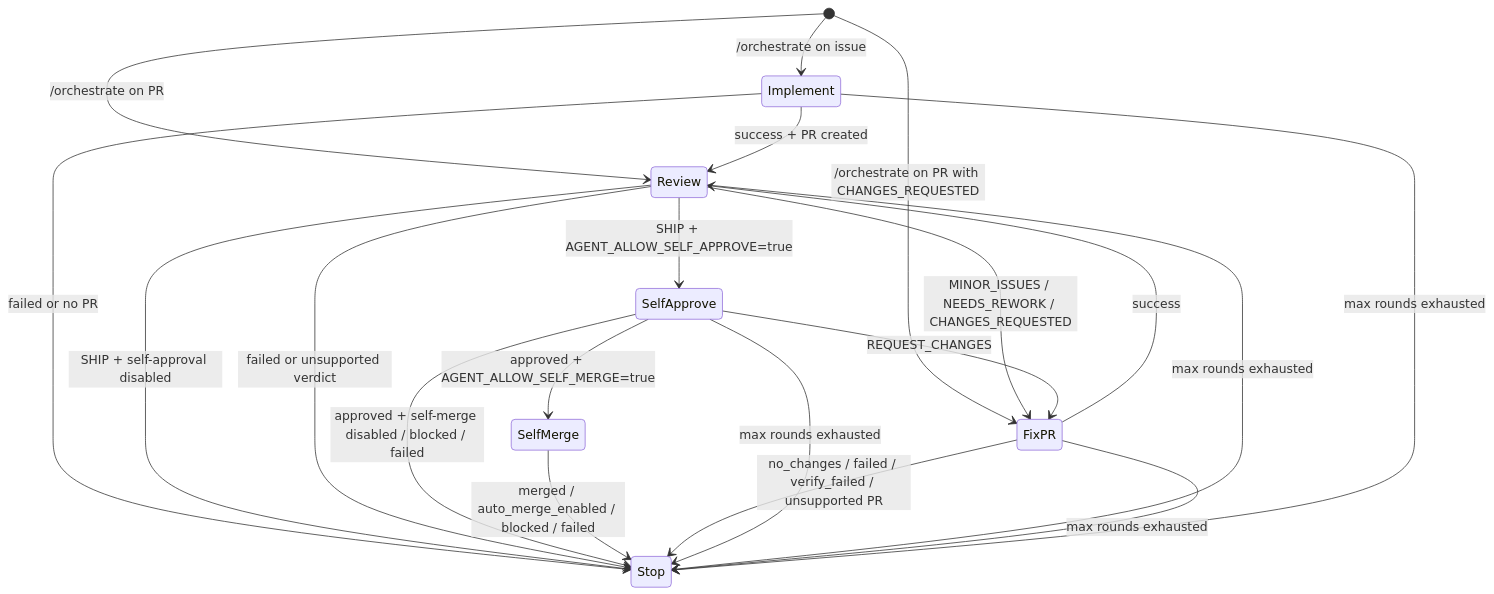
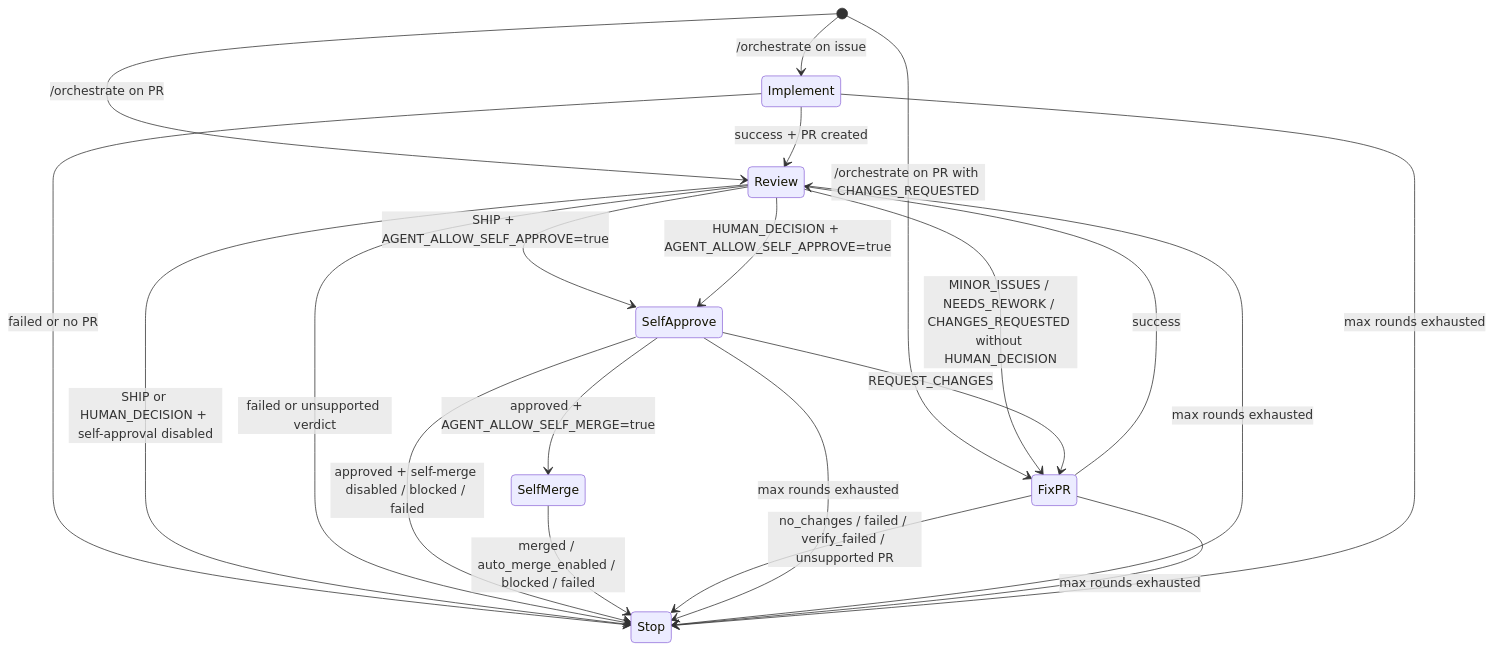
The diagram in .agent/docs/technical-details/agent-orchestrator.md (self-evolving/repo), drawn with Mermaid before and after one commit. The commit also changed other lines of this file and 16 other files, not shown here.

Commit message:
Broaden human-decision self-approval handoff

````diff
--- a/.agent/docs/technical-details/agent-orchestrator.md
+++ b/.agent/docs/technical-details/agent-orchestrator.md
@@ -18,27 +18,28 @@
 ```mermaid
 stateDiagram-v2
     [*] --> Implement: /orchestrate on issue
     [*] --> Review: /orchestrate on PR
     [*] --> FixPR: /orchestrate on PR with CHANGES_REQUESTED
 
     Implement --> Review: success + PR created
     Implement --> Stop: failed or no PR
 
     Review --> SelfApprove: SHIP + AGENT_ALLOW_SELF_APPROVE=true
-    Review --> FixPR: MINOR_ISSUES / NEEDS_REWORK / CHANGES_REQUESTED
-    Review --> Stop: SHIP + self-approval disabled
+    Review --> SelfApprove: HUMAN_DECISION + AGENT_ALLOW_SELF_APPROVE=true
+    Review --> FixPR: MINOR_ISSUES / NEEDS_REWORK / CHANGES_REQUESTED without HUMAN_DECISION
+    Review --> Stop: SHIP or HUMAN_DECISION + self-approval disabled
     Review --> Stop: failed or unsupported verdict
 
     SelfApprove --> FixPR: REQUEST_CHANGES
     SelfApprove --> SelfMerge: approved + AGENT_ALLOW_SELF_MERGE=true
     SelfApprove --> Stop: approved + self-merge disabled / blocked / failed
     SelfMerge --> Stop: merged / auto_merge_enabled / blocked / failed
 
     FixPR --> Review: success
     FixPR --> Stop: no_changes / failed / verify_failed / unsupported PR
 
     SelfApprove --> Stop: max rounds exhausted
     Review --> Stop: max rounds exhausted
     FixPR --> Stop: max rounds exhausted
     Implement --> Stop: max rounds exhausted
 ```
````
